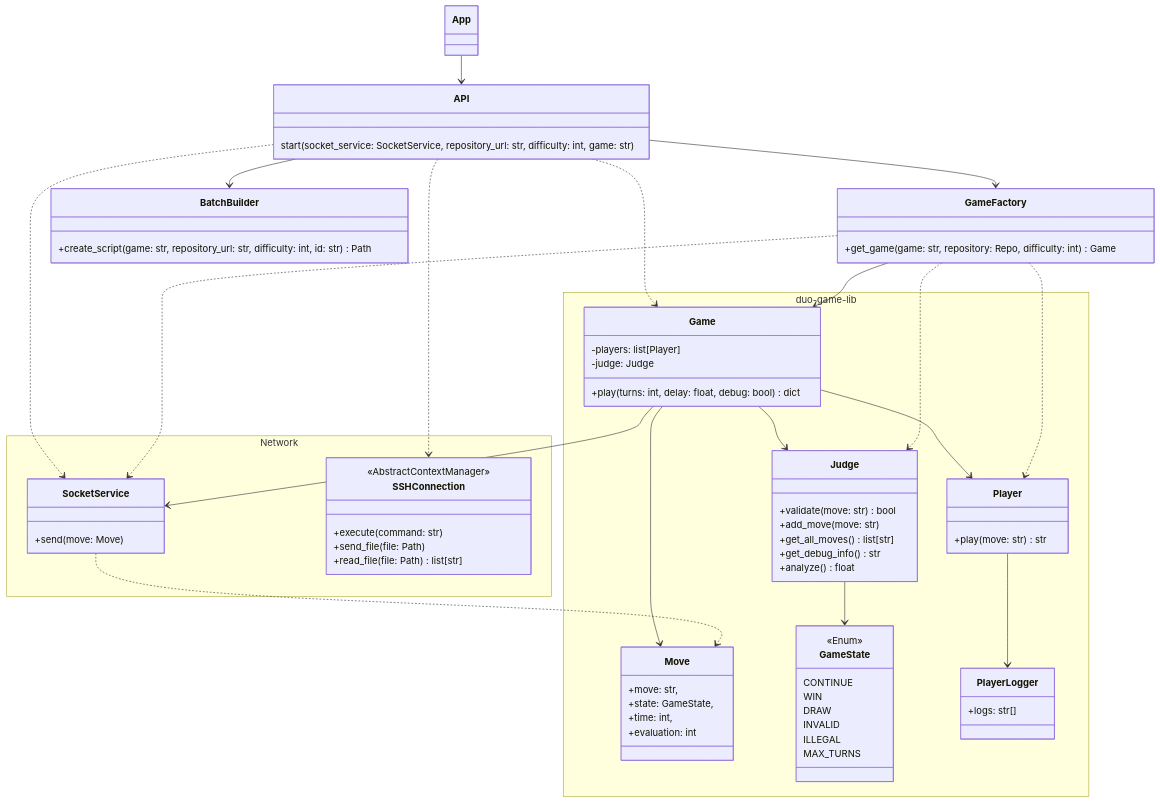
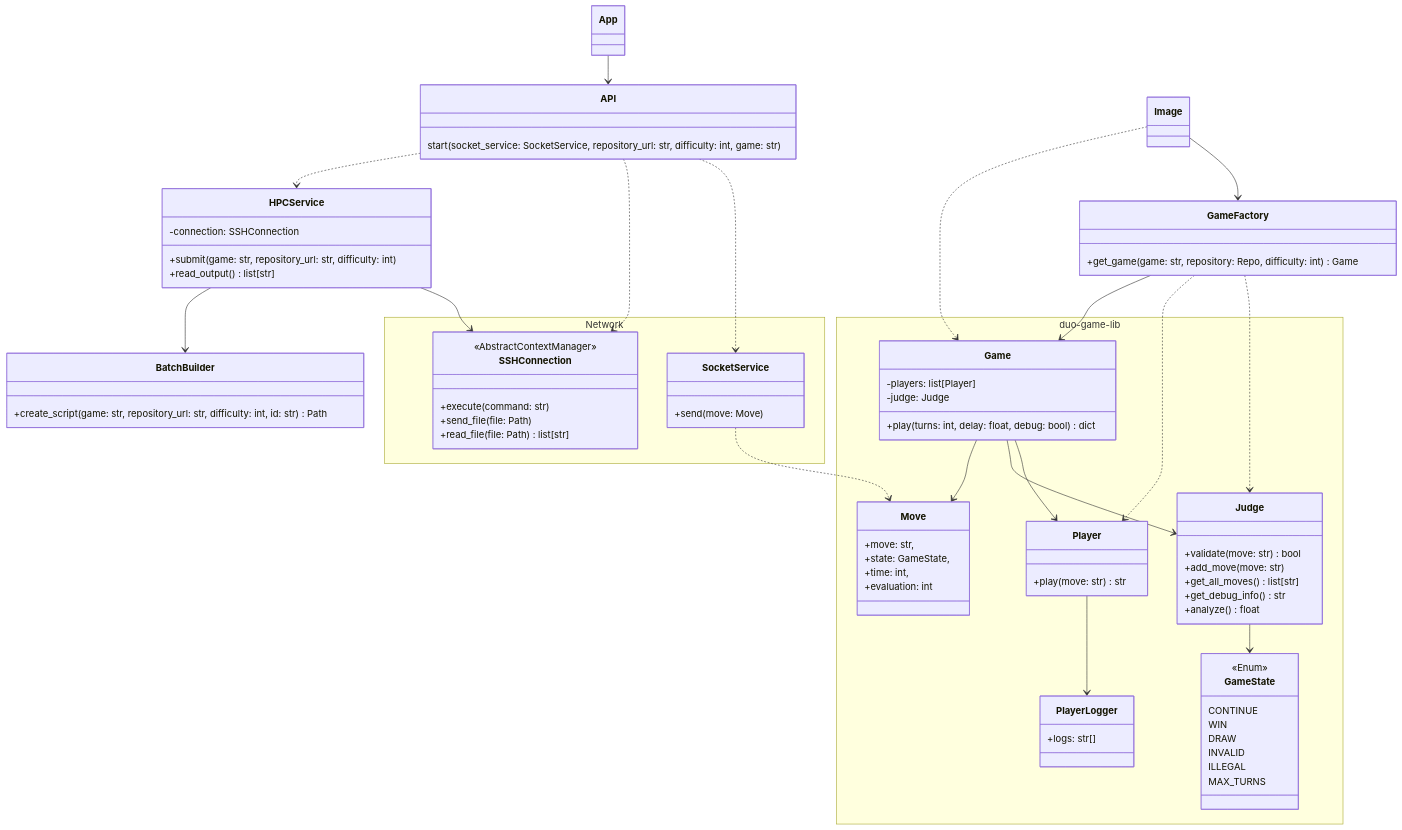
The third of 5 diagrams in docs/architecture.md (game-ai-platform-team/tira-ai-platform), drawn with Mermaid before and after one commit. The commit also changed other lines of this file, not shown here.

Commit message:
docs(#111): Update architecture

```diff
--- a/docs/architecture.md
+++ b/docs/architecture.md
@@ -107,20 +124,21 @@
 
 App --> API
 
-API ..> Game
-API --> GameFactory
 API ..> SocketService
 API ..> SSHConnection
-API --> BatchBuilder
+API ..> HPCService
+HPCService --> SSHConnection
+HPCService --> BatchBuilder
 
+Image --> GameFactory
+Image ..> Game
+
+GameFactory ..> Judge
+GameFactory ..> Player
+GameFactory --> Game
 Game --> Player
 Game --> Judge
 Game --> Move
-Game --> SocketService
-GameFactory --> Game
-GameFactory ..> Judge
-GameFactory ..> Player
-GameFactory ..> SocketService
 Judge --> GameState
 Player --> PlayerLogger
 
@@ -132,6 +150,13 @@
 
 class GameFactory {
     +get_game(game: str, repository: Repo, difficulty: int) Game
+}
+
+class HPCService {
+    -connection: SSHConnection
+
+    +submit(game: str, repository_url: str, difficulty: int)
+    +read_output() list[str]
 }
 
 class BatchBuilder {
```
